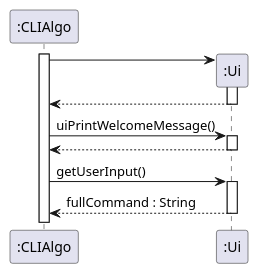
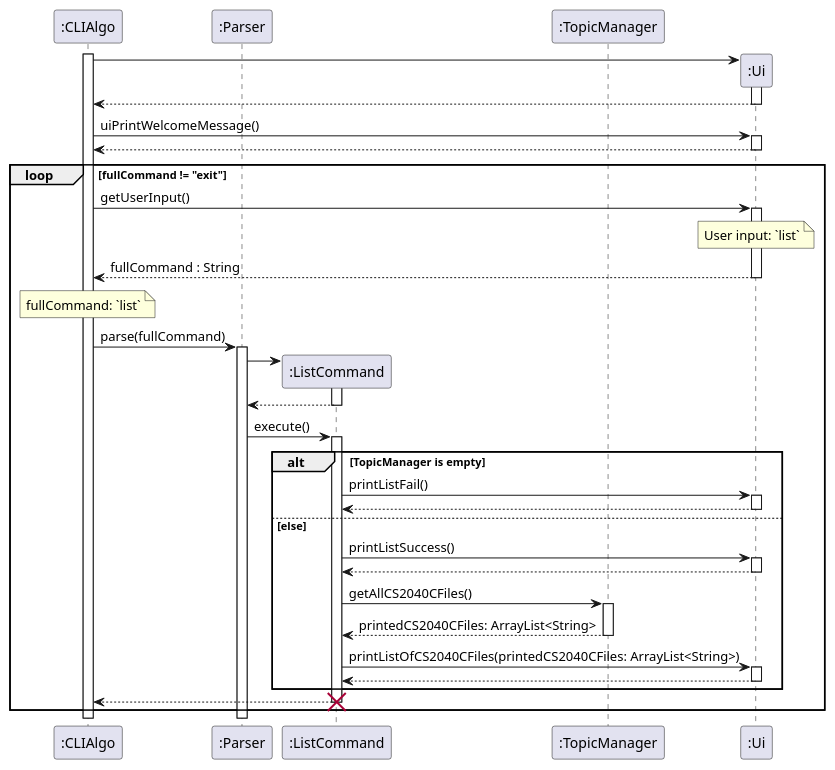
One commit to ong-ck/tp changed the diagram in docs/sequence-diagrams/source-files/Ui.puml. Above: the diagram before and after it, drawn with PlantUML. The commit also changed 3 other files, not shown here.

Commit message:
Refactor Ui sequence diagram to include the `list` command Ui method calls

```diff
--- a/docs/sequence-diagrams/source-files/Ui.puml
+++ b/docs/sequence-diagrams/source-files/Ui.puml
@@ -1,18 +1,52 @@
 @startuml
 
 participant ":CLIAlgo" as cli
+participant ":Parser" as p
+participant ":ListCommand" as lc
+participant ":TopicManager" as tm
 participant ":Ui" as ui
 
 activate cli
 cli -> ui **
 activate ui
 return
 cli -> ui : uiPrintWelcomeMessage()
 activate ui
 return
+loop fullCommand != "exit"
 cli -> ui : getUserInput()
 activate ui
+note over ui : User input: `list`
 return fullCommand : String
 deactivate ui
+note over cli : fullCommand: `list`
+cli -> p : parse(fullCommand)
+activate p
+p -> lc **
+activate lc
+lc --> p
+deactivate lc
+p -> lc : execute()
+activate lc
+
+alt TopicManager is empty
+    lc -> ui : printListFail()
+    activate ui
+    return
+
+else else
+    lc -> ui : printListSuccess()
+    activate ui
+    return
+    lc -> tm : getAllCS2040CFiles()
+    activate tm
+    return printedCS2040CFiles: ArrayList<String>
+    lc -> ui : printListOfCS2040CFiles(printedCS2040CFiles: ArrayList<String>)
+    activate ui
+    return
+end
+lc --> cli
+destroy lc
+end
 
 @enduml
```
